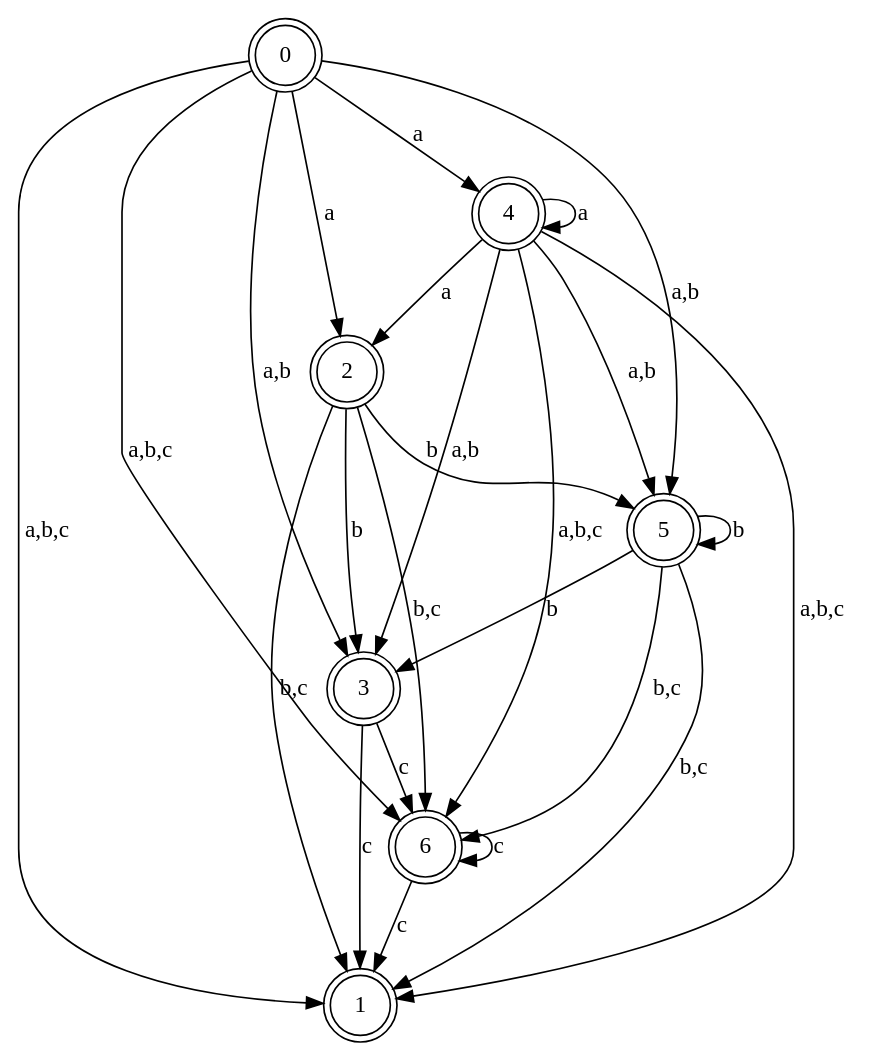
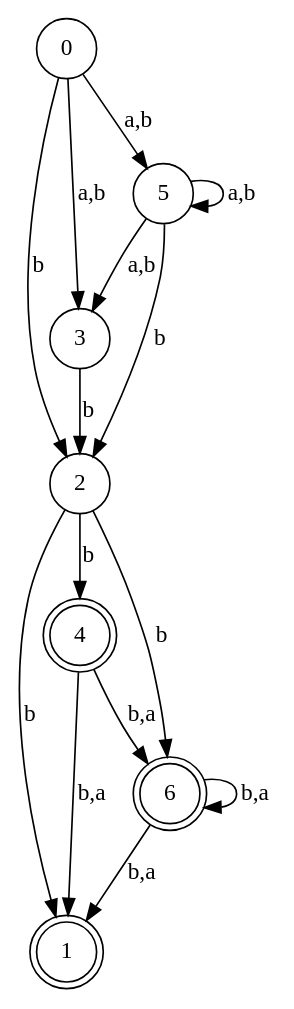
One commit to igorbragaia/CTC-34 changed the diagram in projeto_1/test-output/graph.gv. Above: the diagram before and after it, drawn with Graphviz. The commit also changed 2 other files, not shown here.

```diff
--- a/projeto_1/test-output/graph.gv
+++ b/projeto_1/test-output/graph.gv
@@ -1,33 +1,23 @@
 digraph {
-	0 [shape=doublecircle]
+	0 [shape=circle]
 	1 [shape=doublecircle]
-	2 [shape=doublecircle]
-	3 [shape=doublecircle]
+	2 [shape=circle]
+	3 [shape=circle]
 	4 [shape=doublecircle]
-	5 [shape=doublecircle]
+	5 [shape=circle]
 	6 [shape=doublecircle]
-	0 -> 4 [label=a]
-	0 -> 2 [label=a]
+	5 -> 5 [label="a,b"]
+	2 -> 4 [label=b]
+	3 -> 2 [label=b]
+	6 -> 6 [label="b,a"]
+	0 -> 2 [label=b]
+	5 -> 2 [label=b]
+	2 -> 6 [label=b]
+	2 -> 1 [label=b]
+	5 -> 3 [label="a,b"]
 	0 -> 5 [label="a,b"]
 	0 -> 3 [label="a,b"]
-	0 -> 6 [label="a,b,c"]
-	0 -> 1 [label="a,b,c"]
-	2 -> 5 [label=b]
-	2 -> 3 [label=b]
-	2 -> 6 [label="b,c"]
-	2 -> 1 [label="b,c"]
-	3 -> 6 [label=c]
-	3 -> 1 [label=c]
-	4 -> 4 [label=a]
-	4 -> 2 [label=a]
-	4 -> 5 [label="a,b"]
-	4 -> 3 [label="a,b"]
-	4 -> 6 [label="a,b,c"]
-	4 -> 1 [label="a,b,c"]
-	5 -> 5 [label=b]
-	5 -> 3 [label=b]
-	5 -> 6 [label="b,c"]
-	5 -> 1 [label="b,c"]
-	6 -> 6 [label=c]
-	6 -> 1 [label=c]
+	6 -> 1 [label="b,a"]
+	4 -> 6 [label="b,a"]
+	4 -> 1 [label="b,a"]
 }
```
